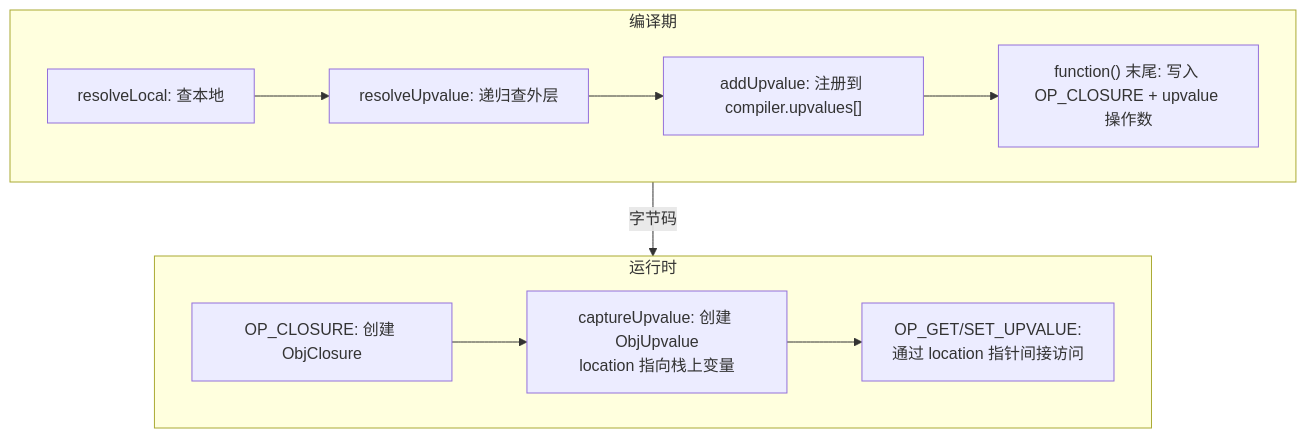
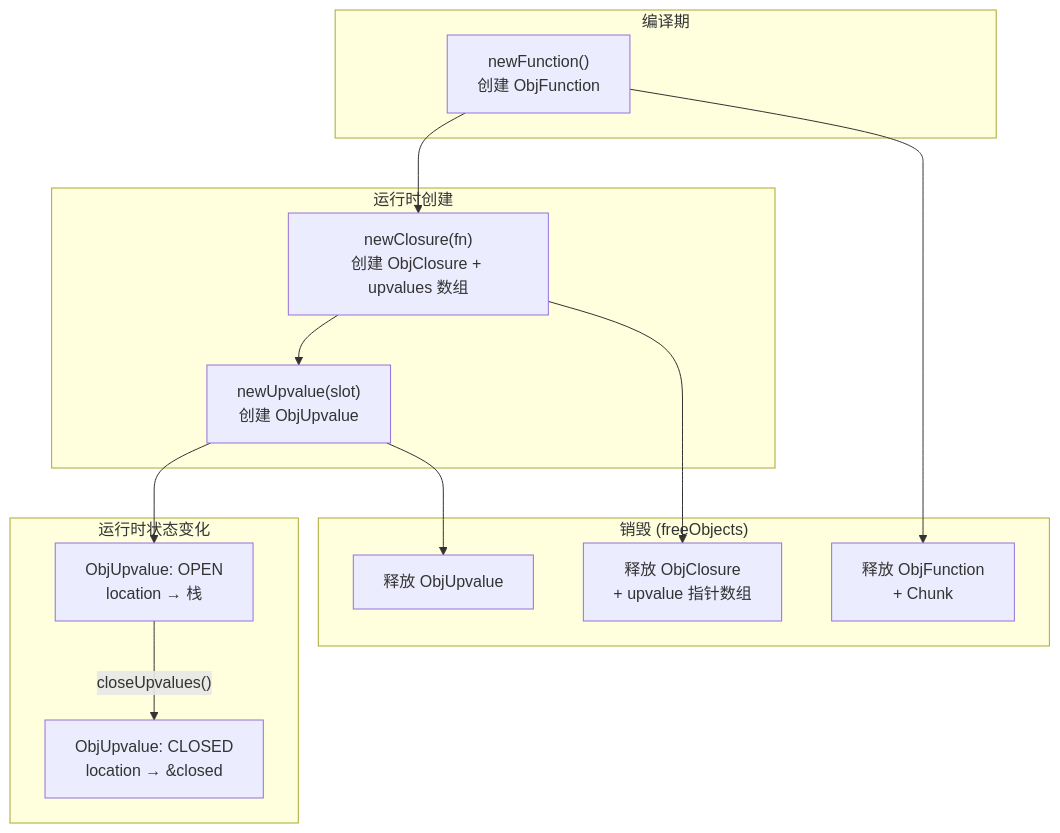
Before and after one commit to LovePlayCode/learn-compilation-c: diagram 17 of 18 in learn/闭包实现全流程分析.md, drawn with Mermaid. The commit also changed other lines of this file and 1 other file, not shown here.

````diff
--- a/learn/闭包实现全流程分析.md
+++ b/learn/闭包实现全流程分析.md
@@ -480,15 +1035,30 @@
 ```mermaid
-flowchart TB
-    subgraph 编译期
-        A["resolveLocal: 查本地"] --> B["resolveUpvalue: 递归查外层"]
-        B --> C["addUpvalue: 注册到 compiler.upvalues[]"]
-        C --> D["function() 末尾: 写入 OP_CLOSURE + upvalue 操作数"]
+flowchart TD
+    subgraph "编译期"
+        CF["newFunction()\n创建 ObjFunction"]
     end
 
-    subgraph 运行时
-        E["OP_CLOSURE: 创建 ObjClosure"] --> F["captureUpvalue: 创建 ObjUpvalue\nlocation 指向栈上变量"]
-        F --> G["OP_GET/SET_UPVALUE:\n通过 location 指针间接访问"]
+    subgraph "运行时创建"
+        CC["newClosure(fn)\n创建 ObjClosure + upvalues 数组"]
+        CU["newUpvalue(slot)\n创建 ObjUpvalue"]
     end
 
-    编译期 -->|"字节码"| 运行时
+    subgraph "运行时状态变化"
+        UO["ObjUpvalue: OPEN\nlocation → 栈"]
+        UC["ObjUpvalue: CLOSED\nlocation → &closed"]
+    end
+
+    subgraph "销毁 (freeObjects)"
+        FC["释放 ObjClosure\n+ upvalue 指针数组"]
+        FU["释放 ObjUpvalue"]
+        FF["释放 ObjFunction\n+ Chunk"]
+    end
+
+    CF --> CC
+    CC --> CU
+    CU --> UO
+    UO -->|"closeUpvalues()"| UC
+    CC --> FC
+    CU --> FU
+    CF --> FF
 ```
````
